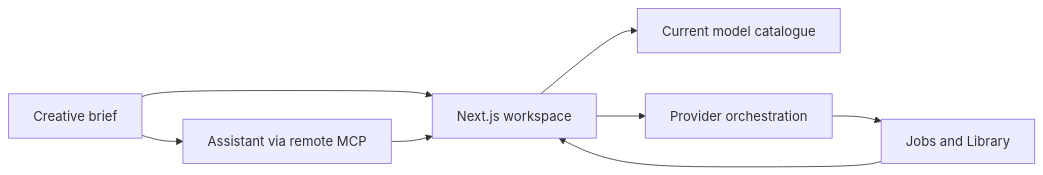
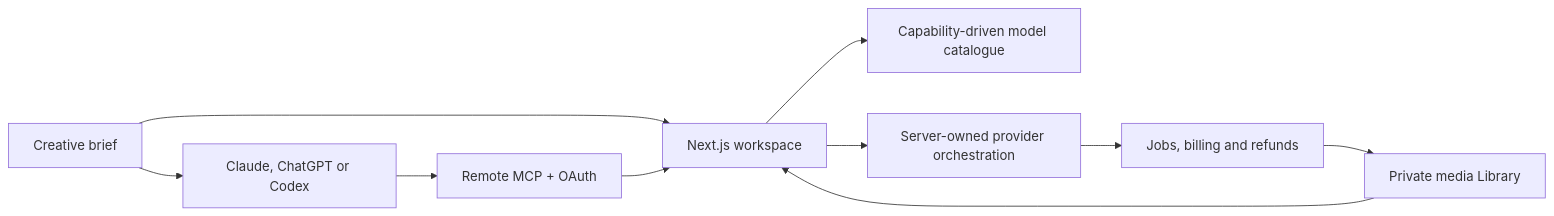
Before and after one commit to camgraphe/MaxVideoAi: the diagram in README.md, drawn with Mermaid. The commit also changed other lines of this file and 21 other files, not shown here.

````diff
--- a/README.md
+++ b/README.md
@@ -84,10 +87,12 @@
 ```mermaid
 flowchart LR
   B[Creative brief] --> W[Next.js workspace]
-  B --> A[Assistant via remote MCP]
-  A --> W
-  W --> C[Current model catalogue]
-  W --> P[Provider orchestration]
-  P --> L[Jobs and Library]
+  B --> A[Claude, ChatGPT or Codex]
+  A --> M[Remote MCP + OAuth]
+  M --> W
+  W --> C[Capability-driven model catalogue]
+  W --> P[Server-owned provider orchestration]
+  P --> J[Jobs, billing and refunds]
+  J --> L[Private media Library]
   L --> W
 ```
````
